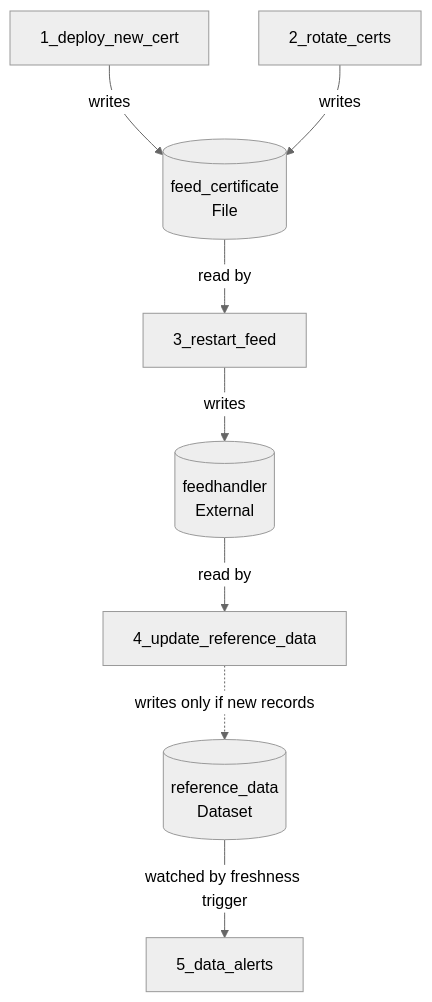
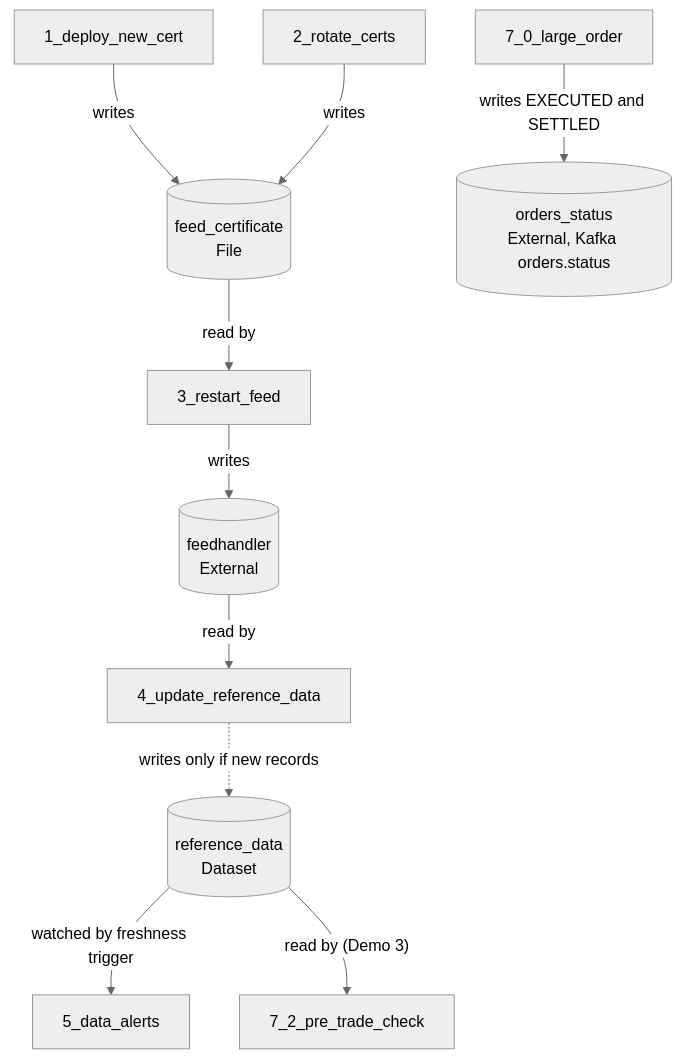
Before and after one commit to kaiwaehner/kestra-finserv-unified-orchestration-demo: the first of 2 diagrams in docs/architecture.md, drawn with Mermaid (neutral theme). The commit also changed other lines of this file and 7 other files, not shown here.

First line of the commit message:
Docs for v2: Demo 3 in story, demo script, architecture and setup

````diff
--- a/docs/architecture.md
+++ b/docs/architecture.md
@@ -13,10 +17,12 @@
 ```mermaid
 flowchart TB
   F1["1_deploy_new_cert"] -- writes --> AC[("feed_certificate<br/>File")]
   F2["2_rotate_certs"] -- writes --> AC
   AC -- read by --> F3["3_restart_feed"]
   F3 -- writes --> AF[("feedhandler<br/>External")]
   AF -- read by --> F4["4_update_reference_data"]
   F4 -. "writes only if new records" .-> AR[("reference_data<br/>Dataset")]
   AR -- "watched by freshness trigger" --> F5["5_data_alerts"]
+  AR -- "read by (Demo 3)" --> F72["7_2_pre_trade_check"]
+  F70["7_0_large_order"] -- "writes EXECUTED and SETTLED" --> AO[("orders_status<br/>External, Kafka orders.status")]
 ```
````
